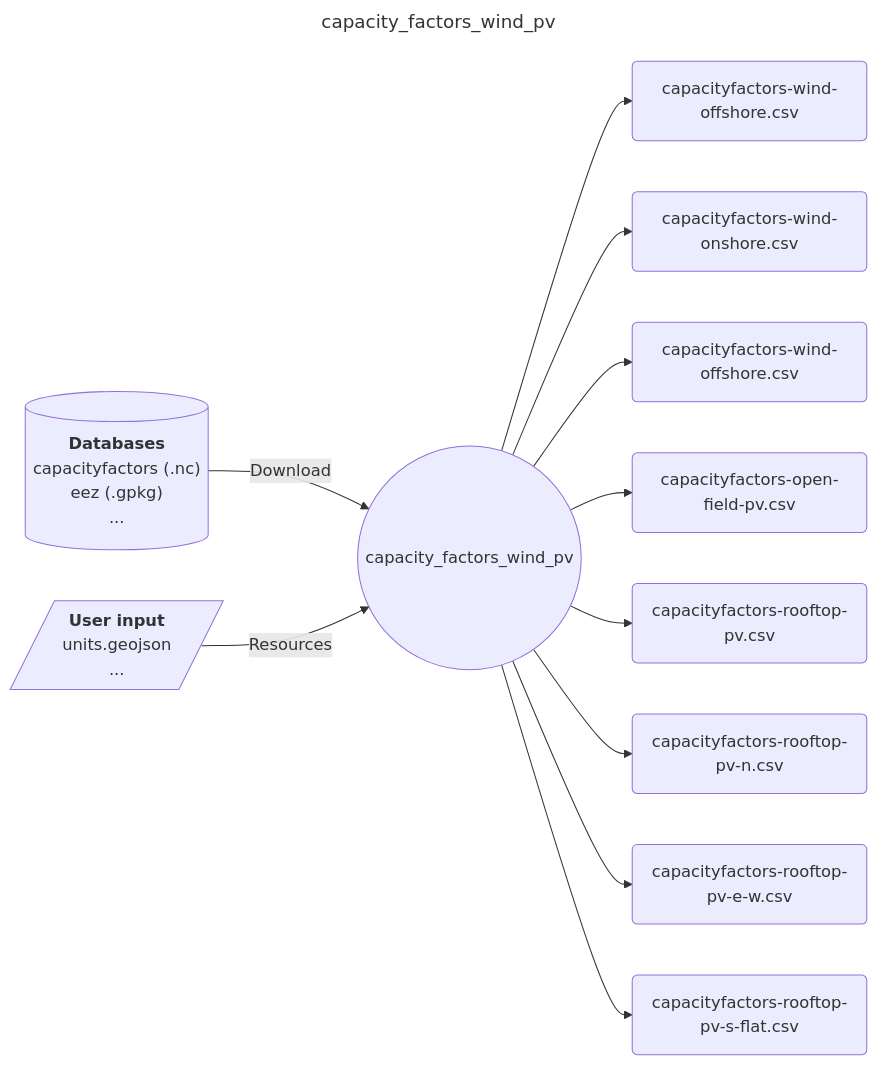
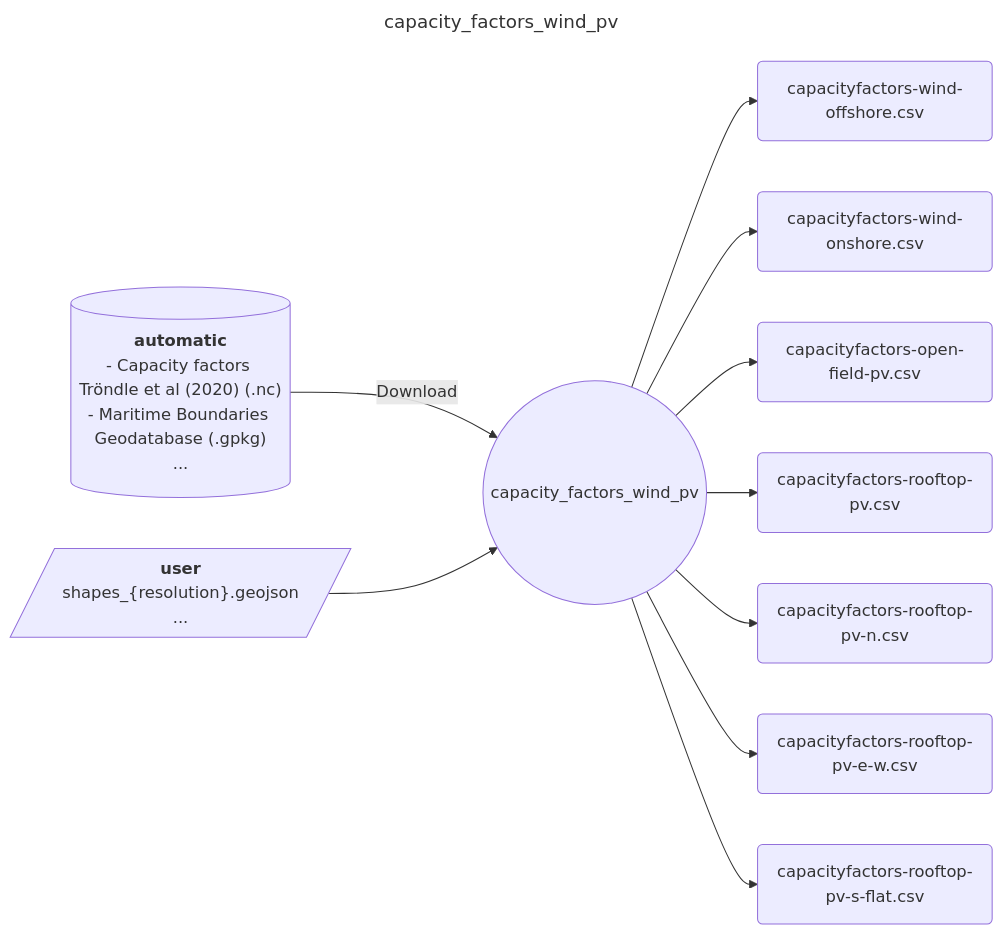
One commit to calliope-project/ec_modules changed the diagram in modules/capacity_factors_wind_pv/README.md. Above: the diagram before and after it, drawn with Mermaid. The commit also changed other lines of this file and 3 other files, not shown here.

````diff
--- a/modules/capacity_factors_wind_pv/README.md
+++ b/modules/capacity_factors_wind_pv/README.md
@@ -9,39 +9,36 @@
 ```mermaid
 ---
 title: capacity_factors_wind_pv
 ---
 flowchart LR
-    D1[("`**Databases**
-        capacityfactors (.nc)
-        eez (.gpkg)
+    D1[("`**automatic**
+        - Capacity factors Tröndle et al (2020) (.nc)
+        - Maritime Boundaries Geodatabase (.gpkg)
         ...
     `")] --> |Download| M
-    C1[/"`**User input**
-        units.geojson
+    C1[/"`**user**
+        shapes_{resolution}.geojson
         ...
-    `"/] --> |Resources| M((capacity_factors_wind_pv))
-    M --> O1("
+    `"/] --> M((capacity_factors_wind_pv))
+    M --> O1("`
         capacityfactors-wind-offshore.csv
-        ")
+        `")
     M --> O2("
         capacityfactors-wind-onshore.csv
         ")
-    M --> O3("
-        capacityfactors-wind-offshore.csv
-    ")
     M --> O4("
         capacityfactors-open-field-pv.csv
     ")
     M --> O5("
         capacityfactors-rooftop-pv.csv
     ")
     M --> O6("
         capacityfactors-rooftop-pv-n.csv
     ")
     M --> O7("
         capacityfactors-rooftop-pv-e-w.csv
     ")
     M --> O8("
         capacityfactors-rooftop-pv-s-flat.csv
     ")
 ```
````
